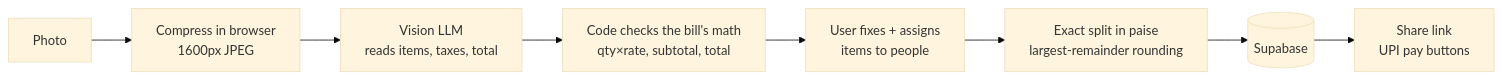
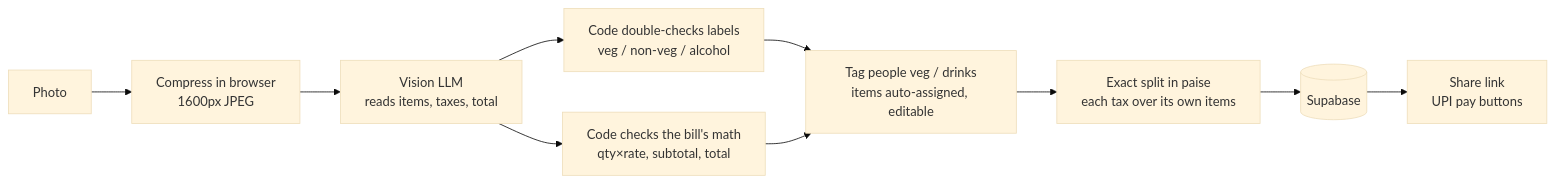
The diagram in README.md (AshutoshJhankar/receipt-bill-splitter), drawn with Mermaid (base theme) before and after one commit. The commit also changed other lines of this file and 39 other files, not shown here.

````diff
--- a/README.md
+++ b/README.md
@@ -13,10 +15,12 @@
 ```mermaid
 flowchart LR
     A[Photo] --> B[Compress in browser<br/>1600px JPEG]
     B --> C[Vision LLM<br/>reads items, taxes, total]
     C --> D[Code checks the bill's math<br/>qty×rate, subtotal, total]
-    D --> E[User fixes + assigns<br/>items to people]
-    E --> F[Exact split in paise<br/>largest-remainder rounding]
+    C --> K[Code double-checks labels<br/>veg / non-veg / alcohol]
+    K --> E
+    D --> E[Tag people veg / drinks<br/>items auto-assigned, editable]
+    E --> F[Exact split in paise<br/>each tax over its own items]
     F --> G[(Supabase)]
     G --> H[Share link<br/>UPI pay buttons]
 ```
````
